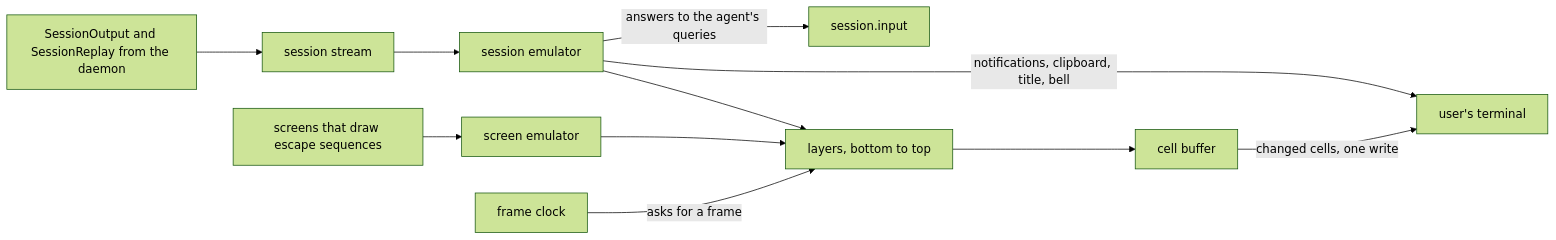
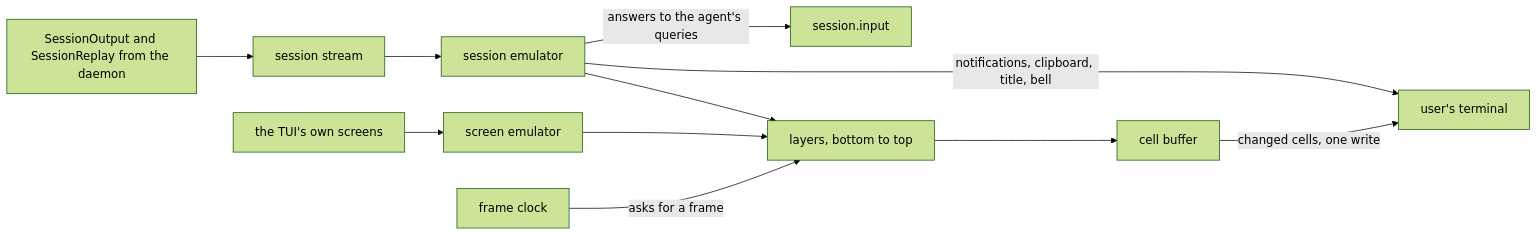
One commit to zgeoff/atc changed the diagram in docs/architecture/tui/compositor.md. Above: the diagram before and after it, drawn with Mermaid (forest theme). The commit also changed other lines of this file and 4 other files, not shown here.

````diff
--- a/docs/architecture/tui/compositor.md
+++ b/docs/architecture/tui/compositor.md
@@ -13,13 +14,13 @@
 ```mermaid
 flowchart LR
   out["SessionOutput and SessionReplay from the daemon"] --> stream[session stream]
   stream --> emu[session emulator]
   emu -->|"answers to the agent's queries"| input["session.input"]
   emu -->|"notifications, clipboard, title, bell"| term[user's terminal]
   emu --> layers[layers, bottom to top]
-  screens["screens that draw escape sequences"] --> screenemu[screen emulator]
+  screens["the TUI's own screens"] --> screenemu[screen emulator]
   screenemu --> layers
   layers --> buf[cell buffer]
   buf -->|"changed cells, one write"| term
   clock[frame clock] -->|"asks for a frame"| layers
 ```
````
